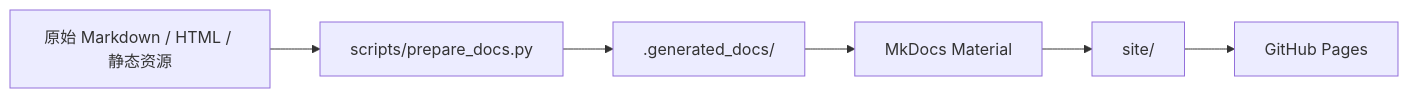
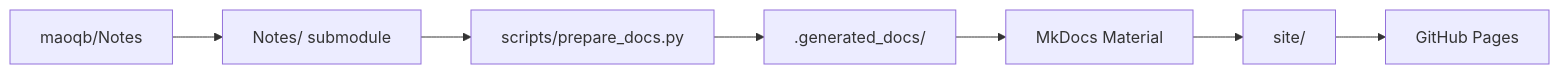
The diagram in README.md (maoqb/aosp-docs), drawn with Mermaid before and after one commit. The commit also changed other lines of this file and 77 other files, not shown here.

Commit message:
Move Notes to dedicated repository

````diff
--- a/README.md
+++ b/README.md
@@ -20,8 +20,9 @@
 ```mermaid
 flowchart LR
-    Notes["原始 Markdown / HTML / 静态资源"] --> Prepare["scripts/prepare_docs.py"]
+    Repository["maoqb/Notes"] --> Submodule["Notes/ submodule"]
+    Submodule --> Prepare["scripts/prepare_docs.py"]
     Prepare --> Generated[".generated_docs/"]
     Generated --> MkDocs["MkDocs Material"]
     MkDocs --> Site["site/"]
     Site --> Pages["GitHub Pages"]
 ```
````
